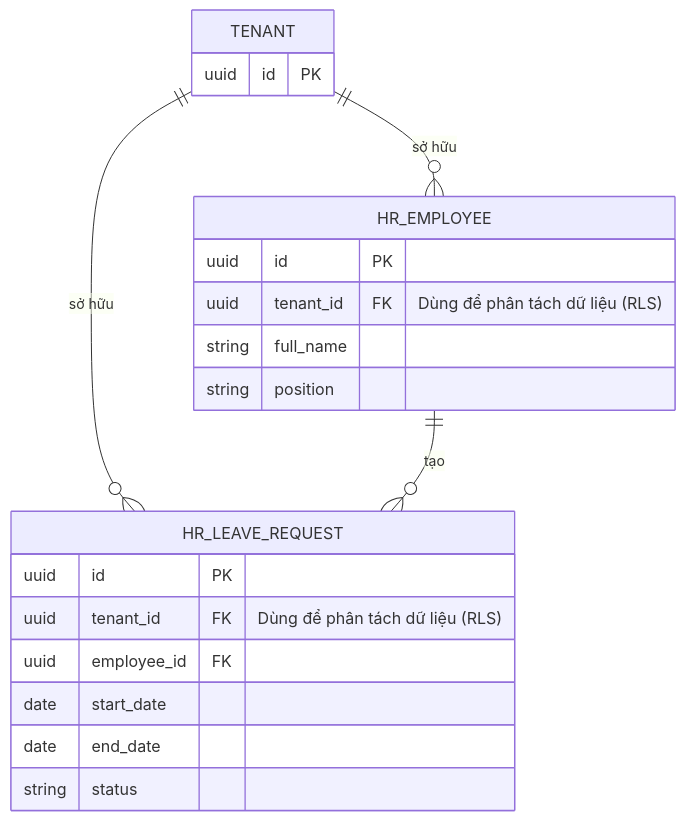
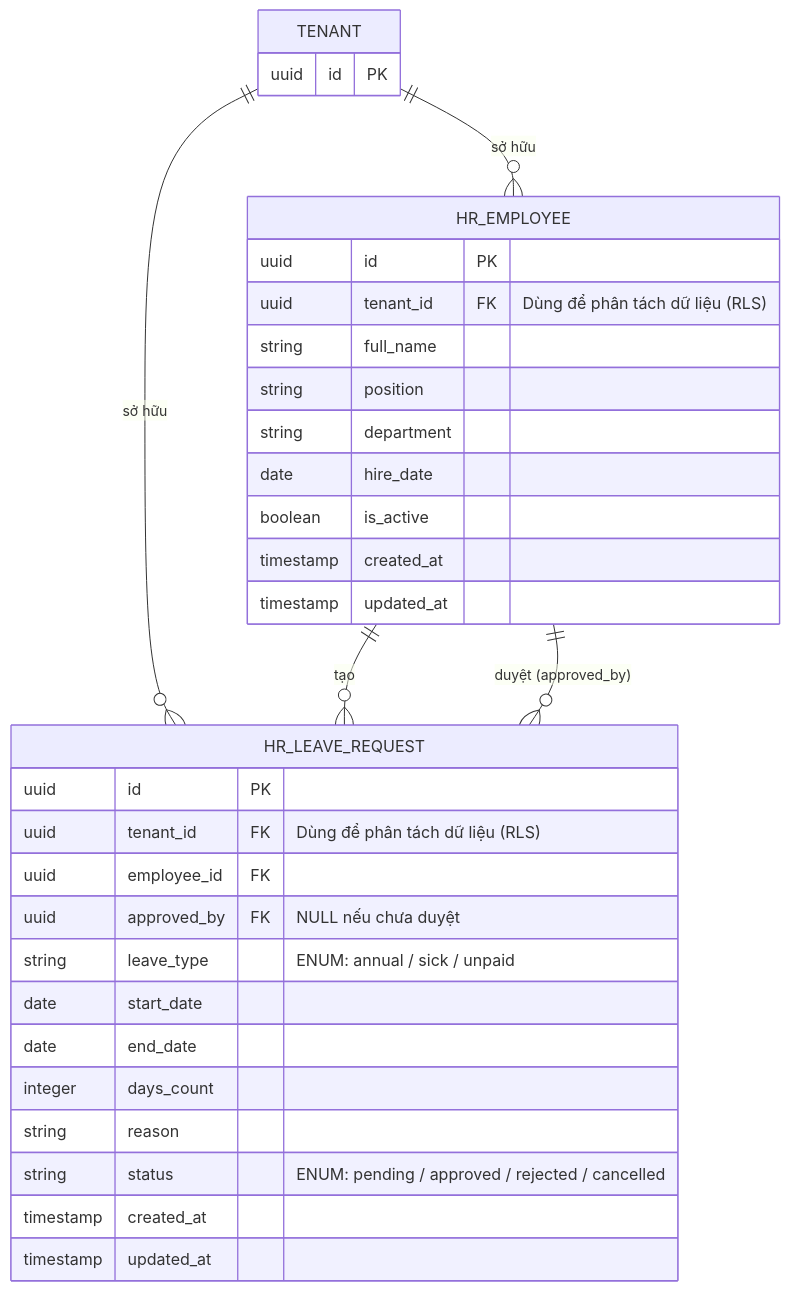
Before and after one commit to CuongKenn/ICTU_Proteus-os: the second of 2 diagrams in docs/erd.md, drawn with Mermaid. The commit also changed other lines of this file and 7 other files, not shown here.

````diff
--- a/docs/erd.md
+++ b/docs/erd.md
@@ -85,26 +155,38 @@
 ```mermaid
 erDiagram
     TENANT {
         uuid id PK
     }
-    
+
     HR_EMPLOYEE {
         uuid id PK
         uuid tenant_id FK "Dùng để phân tách dữ liệu (RLS)"
         string full_name
         string position
+        string department
+        date hire_date
+        boolean is_active
+        timestamp created_at
+        timestamp updated_at
     }
-    
+
     HR_LEAVE_REQUEST {
         uuid id PK
         uuid tenant_id FK "Dùng để phân tách dữ liệu (RLS)"
         uuid employee_id FK
+        uuid approved_by FK "NULL nếu chưa duyệt"
+        string leave_type "ENUM: annual / sick / unpaid"
         date start_date
         date end_date
-        string status
+        integer days_count
+        string reason
+        string status "ENUM: pending / approved / rejected / cancelled"
+        timestamp created_at
+        timestamp updated_at
     }
 
     TENANT ||--o{ HR_EMPLOYEE : "sở hữu"
     TENANT ||--o{ HR_LEAVE_REQUEST : "sở hữu"
     HR_EMPLOYEE ||--o{ HR_LEAVE_REQUEST : "tạo"
+    HR_EMPLOYEE ||--o{ HR_LEAVE_REQUEST : "duyệt (approved_by)"
 ```
````
